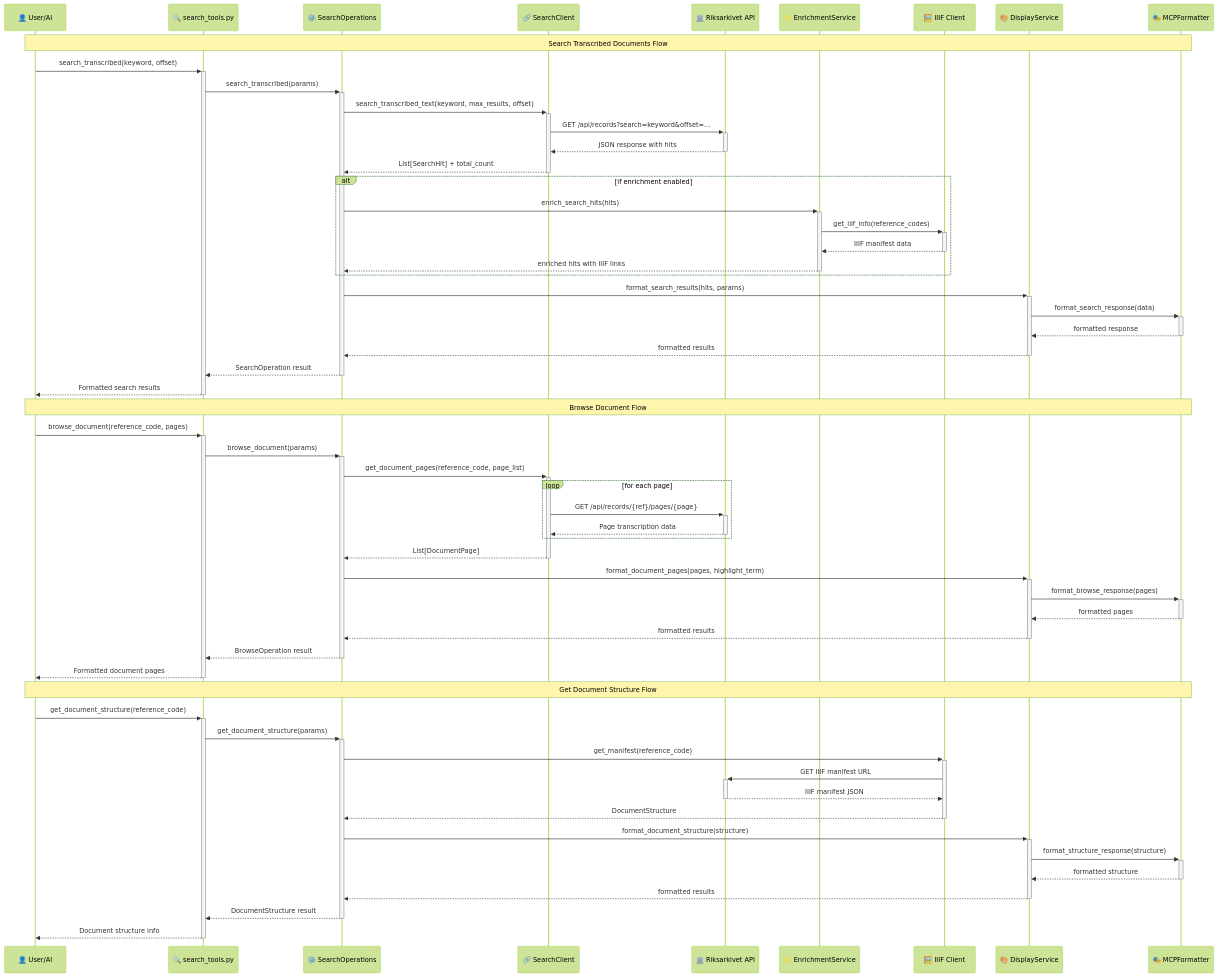
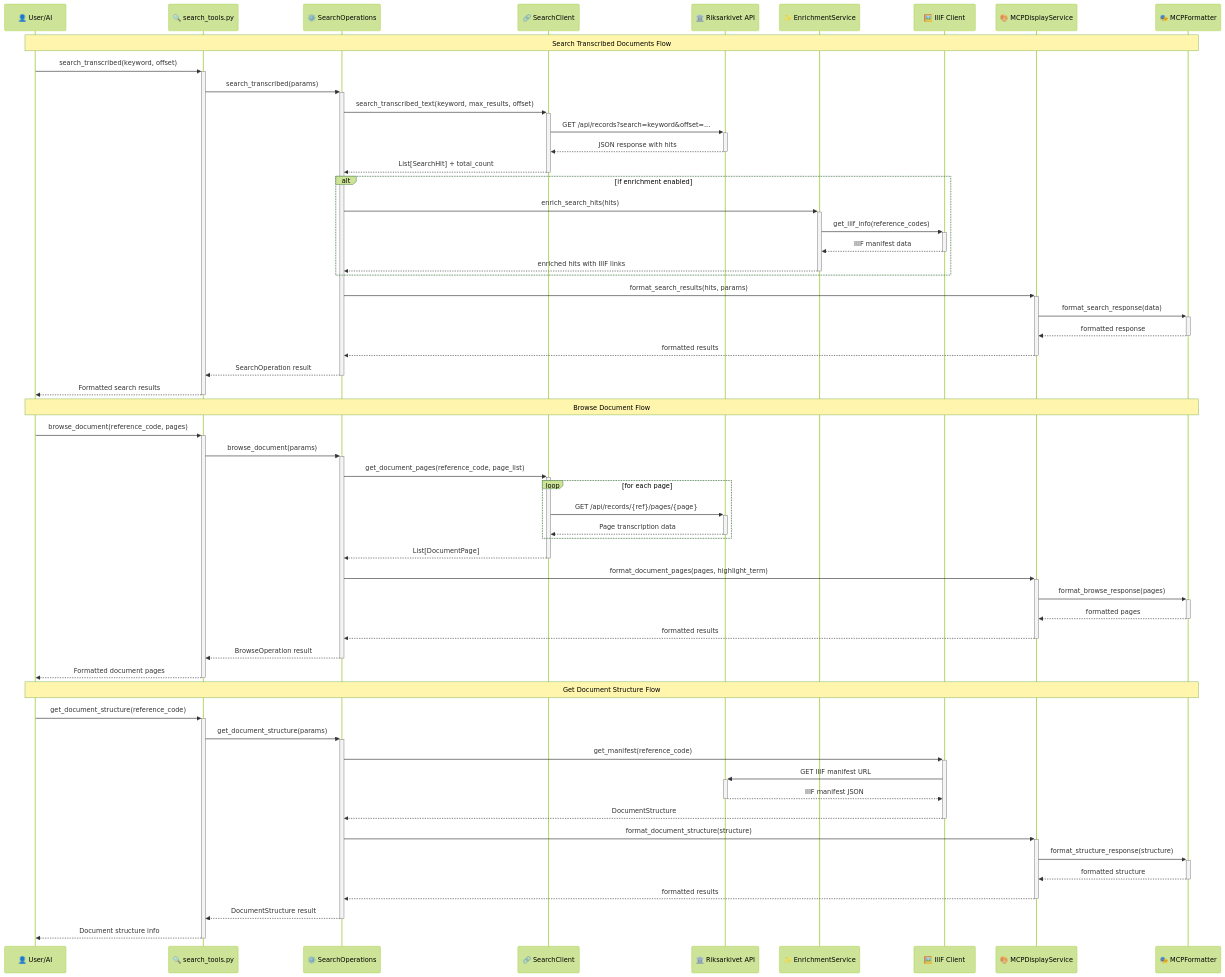
The third of 5 diagrams in docs/architecture-diagrams.md (AI-Riksarkivet/ra-mcp), drawn with Mermaid (forest theme) before and after one commit. The commit also changed other lines of this file and 7 other files, not shown here.

First line of the commit message:
refactor(services): split DisplayService into interface-specific services

````diff
--- a/docs/architecture-diagrams.md
+++ b/docs/architecture-diagrams.md
@@ -183,77 +185,77 @@
 ```mermaid
 sequenceDiagram
     participant User as 👤 User/AI
     participant MCP as 🔍 search_tools.py
     participant SearchOps as ⚙️ SearchOperations
     participant SearchClient as 🔗 SearchClient
     participant API as 🏛️ Riksarkivet API
     participant Enrichment as ✨ EnrichmentService
     participant IIIF as 🖼️ IIIF Client
-    participant Display as 🎨 DisplayService
+    participant MCPDisplay as 🎨 MCPDisplayService
     participant Formatter as 🎭 MCPFormatter
 
     Note over User,Formatter: Search Transcribed Documents Flow
 
     User->>+MCP: search_transcribed(keyword, offset)
     MCP->>+SearchOps: search_transcribed(params)
 
     SearchOps->>+SearchClient: search_transcribed_text(keyword, max_results, offset)
     SearchClient->>+API: GET /api/records?search=keyword&offset=...
     API-->>-SearchClient: JSON response with hits
     SearchClient-->>-SearchOps: List[SearchHit] + total_count
 
     alt if enrichment enabled
         SearchOps->>+Enrichment: enrich_search_hits(hits)
         Enrichment->>+IIIF: get_iiif_info(reference_codes)
         IIIF-->>-Enrichment: IIIF manifest data
         Enrichment-->>-SearchOps: enriched hits with IIIF links
     end
 
-    SearchOps->>+Display: format_search_results(hits, params)
-    Display->>+Formatter: format_search_response(data)
-    Formatter-->>-Display: formatted response
-    Display-->>-SearchOps: formatted results
+    SearchOps->>+MCPDisplay: format_search_results(hits, params)
+    MCPDisplay->>+Formatter: format_search_response(data)
+    Formatter-->>-MCPDisplay: formatted response
+    MCPDisplay-->>-SearchOps: formatted results
 
     SearchOps-->>-MCP: SearchOperation result
     MCP-->>-User: Formatted search results
 
     Note over User,Formatter: Browse Document Flow
 
     User->>+MCP: browse_document(reference_code, pages)
     MCP->>+SearchOps: browse_document(params)
 
     SearchOps->>+SearchClient: get_document_pages(reference_code, page_list)
 
     loop for each page
         SearchClient->>+API: GET /api/records/{ref}/pages/{page}
         API-->>-SearchClient: Page transcription data
     end
 
     SearchClient-->>-SearchOps: List[DocumentPage]
 
-    SearchOps->>+Display: format_document_pages(pages, highlight_term)
-    Display->>+Formatter: format_browse_response(pages)
-    Formatter-->>-Display: formatted pages
-    Display-->>-SearchOps: formatted results
+    SearchOps->>+MCPDisplay: format_document_pages(pages, highlight_term)
+    MCPDisplay->>+Formatter: format_browse_response(pages)
+    Formatter-->>-MCPDisplay: formatted pages
+    MCPDisplay-->>-SearchOps: formatted results
 
     SearchOps-->>-MCP: BrowseOperation result
     MCP-->>-User: Formatted document pages
 
     Note over User,Formatter: Get Document Structure Flow
 
     User->>+MCP: get_document_structure(reference_code)
     MCP->>+SearchOps: get_document_structure(params)
 
     SearchOps->>+IIIF: get_manifest(reference_code)
     IIIF->>+API: GET IIIF manifest URL
     API-->>-IIIF: IIIF manifest JSON
     IIIF-->>-SearchOps: DocumentStructure
 
-    SearchOps->>+Display: format_document_structure(structure)
-    Display->>+Formatter: format_structure_response(structure)
-    Formatter-->>-Display: formatted structure
-    Display-->>-SearchOps: formatted results
+    SearchOps->>+MCPDisplay: format_document_structure(structure)
+    MCPDisplay->>+Formatter: format_structure_response(structure)
+    Formatter-->>-MCPDisplay: formatted structure
+    MCPDisplay-->>-SearchOps: formatted results
 
     SearchOps-->>-MCP: DocumentStructure result
     MCP-->>-User: Document structure info
 ```
````
